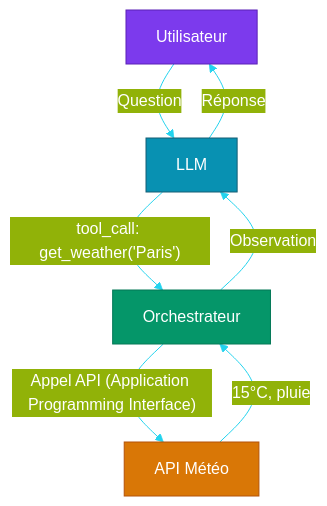
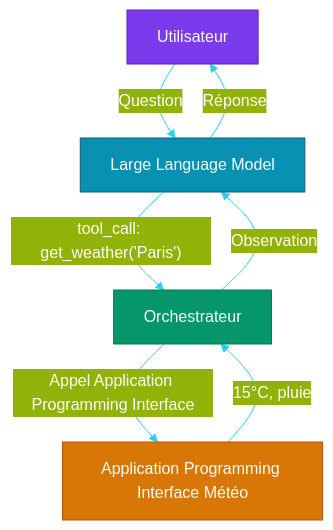
Before and after one commit to yugmerabtene/sdv-agentic: the second of 3 diagrams in CHAPITRE-03-prompt-tool-use.md, drawn with Mermaid. The commit also changed other lines of this file and 11 other files, not shown here.

````diff
--- a/CHAPITRE-03-prompt-tool-use.md
+++ b/CHAPITRE-03-prompt-tool-use.md
@@ -160,19 +194,19 @@
 ```mermaid
 %%{init: {'theme': 'base', 'themeVariables': {
   'primaryColor': '#0891b2',
   'primaryTextColor': '#fff',
   'lineColor': '#22d3ee'
 }}}%%
 graph TD
-    U[Utilisateur] -->|"Question"| LLM[LLM]
+    U[Utilisateur] -->|"Question"| LLM[Large Language Model]
     LLM -->|"tool_call: get_weather('Paris')"| Orchestrator[Orchestrateur]
-    Orchestrator -->|"Appel API (Application Programming Interface)"| Weather[API Météo]
+    Orchestrator -->|"Appel Application Programming Interface"| Weather[Application Programming Interface Météo]
     Weather -->|"15°C, pluie"| Orchestrator
     Orchestrator -->|"Observation"| LLM
     LLM -->|"Réponse"| U
     
     style U fill:#7c3aed,color:#fff,stroke:#5b21b6
     style LLM fill:#0891b2,color:#fff,stroke:#155e75
     style Orchestrator fill:#059669,color:#fff,stroke:#047857
     style Weather fill:#d97706,color:#fff,stroke:#b45309
 ```
````
